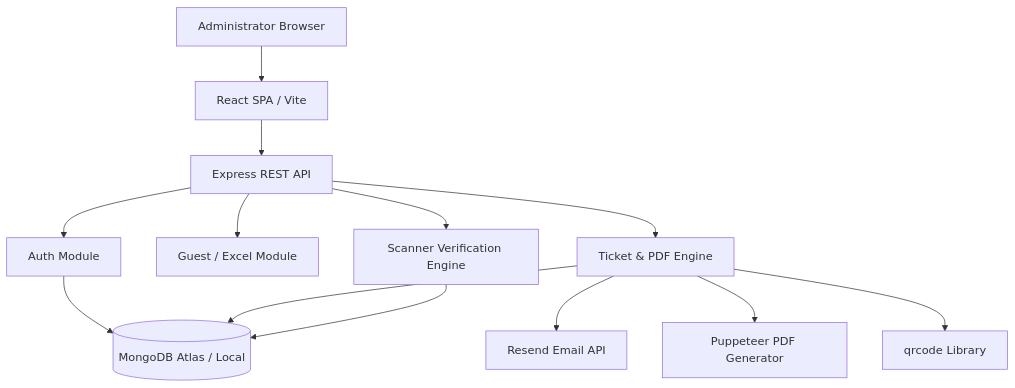
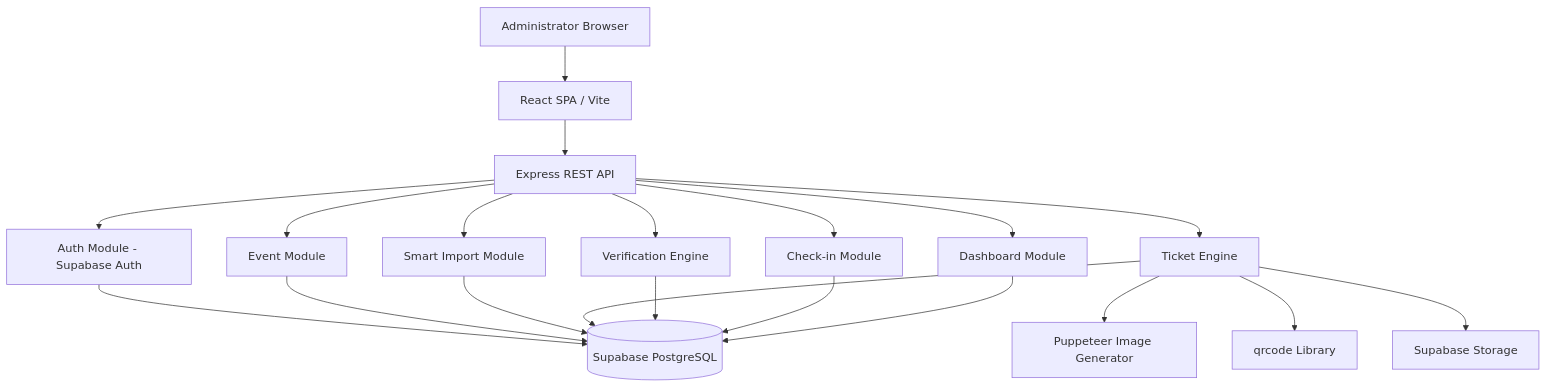
Before and after one commit to praveen00198/ticketification: the diagram in docs/architecture.md, drawn with Mermaid. The commit also changed other lines of this file and 88 other files, not shown here.

Commit message:
feat: implement full-stack ticketing system with database schema, authentication, guest management, and event dashboard modules

````diff
--- a/docs/architecture.md
+++ b/docs/architecture.md
@@ -6,17 +6,24 @@
 ```mermaid
 flowchart TD
     Admin[Administrator Browser] --> Client[React SPA / Vite]
     Client --> API[Express REST API]
-    API --> AuthModule[Auth Module]
-    API --> GuestModule[Guest / Excel Module]
-    API --> TicketModule[Ticket & PDF Engine]
-    API --> VerifyModule[Scanner Verification Engine]
+    API --> AuthModule[Auth Module - Supabase Auth]
+    API --> EventModule[Event Module]
+    API --> ImportModule[Smart Import Module]
+    API --> TicketModule[Ticket Engine]
+    API --> VerifyModule[Verification Engine]
+    API --> CheckinModule[Check-in Module]
+    API --> DashModule[Dashboard Module]
     
-    TicketModule --> Resend[Resend Email API]
-    TicketModule --> Puppeteer[Puppeteer PDF Generator]
+    TicketModule --> Puppeteer[Puppeteer Image Generator]
     TicketModule --> QrGen[qrcode Library]
+    TicketModule --> Storage[Supabase Storage]
     
-    AuthModule --> DB[(MongoDB Atlas / Local)]
+    AuthModule --> DB[(Supabase PostgreSQL)]
+    EventModule --> DB
+    ImportModule --> DB
     TicketModule --> DB
     VerifyModule --> DB
+    CheckinModule --> DB
+    DashModule --> DB
 ```
````
